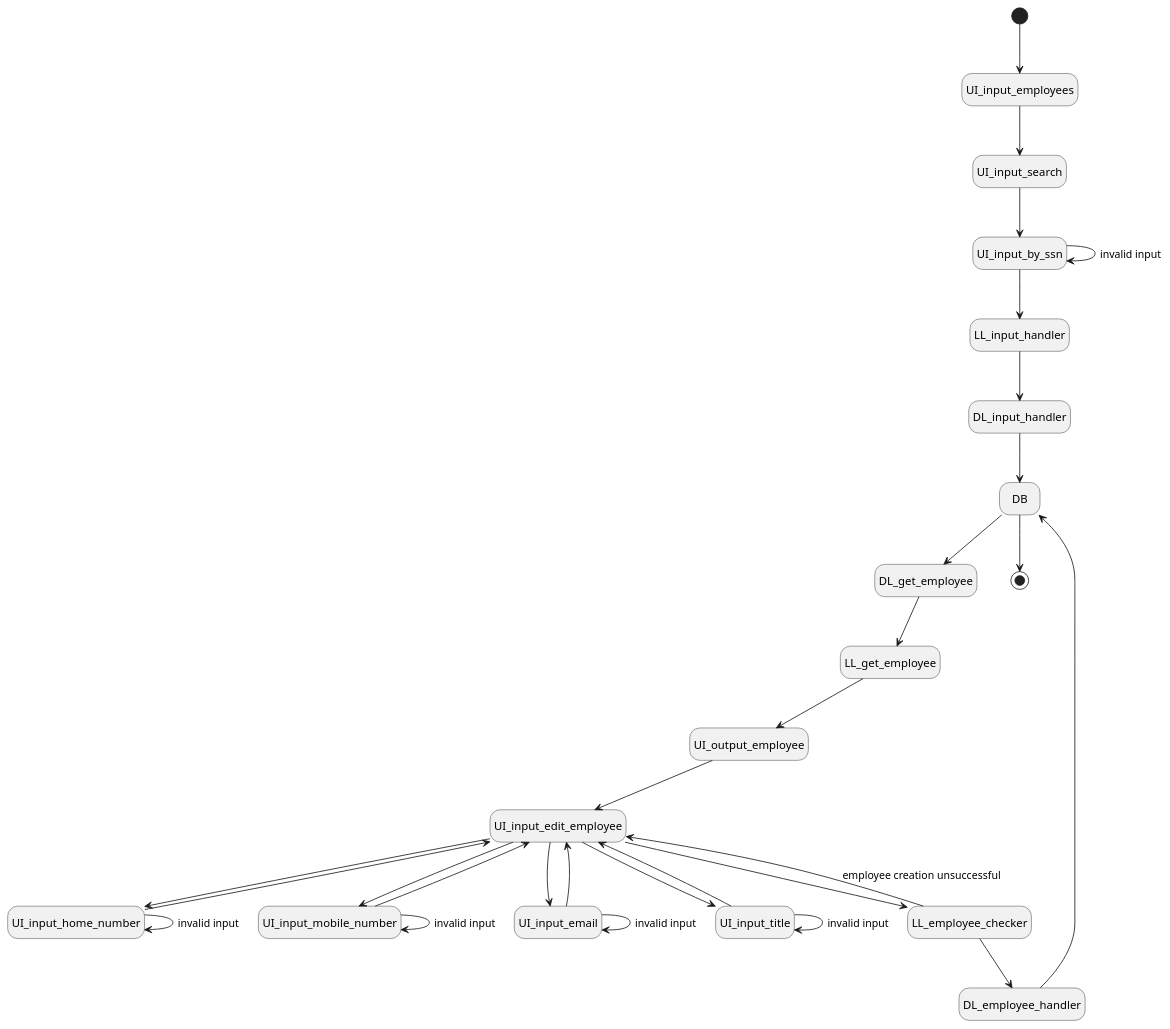
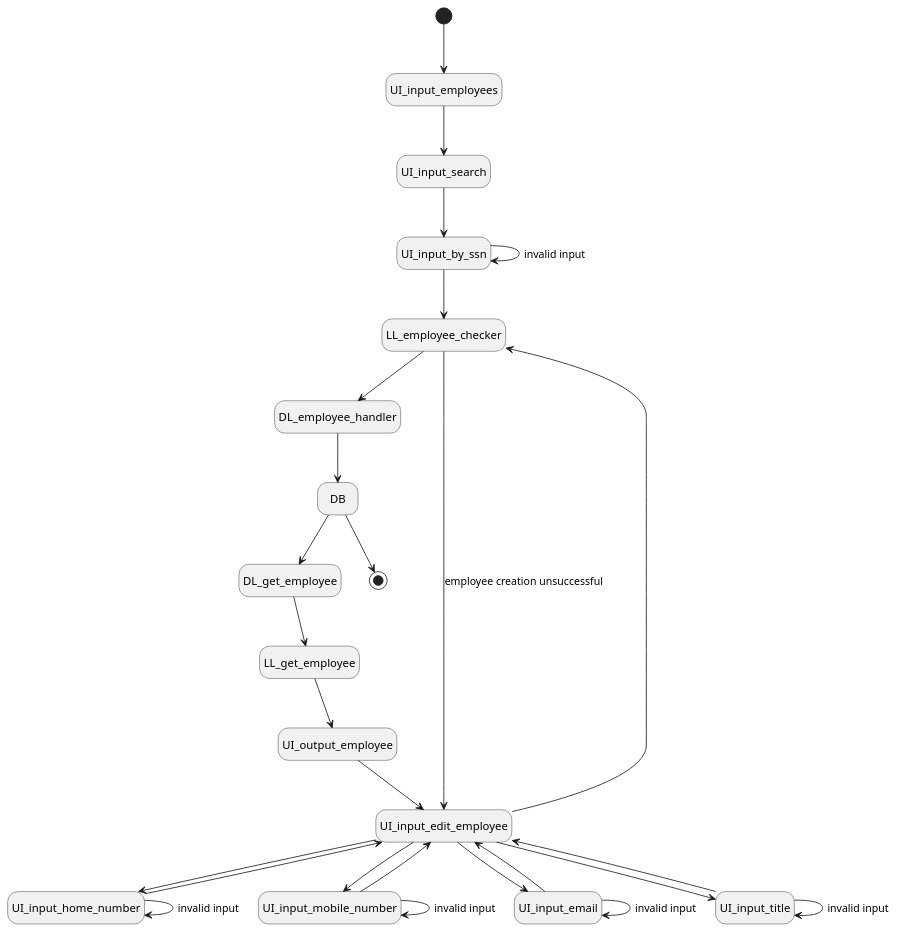
Before and after one commit to irmalexandra/vln1_chuck_nan: the diagram in state_diagrams/edit_employee_info.puml, drawn with PlantUML.

Commit message:
"changed not finished"

```diff
--- a/state_diagrams/edit_employee_info.puml
+++ b/state_diagrams/edit_employee_info.puml
@@ -1,33 +1,31 @@
 @startuml edit employee info
 hide empty description
 
 [*] -down->  UI_input_employees 
 UI_input_employees -down-> UI_input_search
 UI_input_search -down-> UI_input_by_ssn
 UI_input_by_ssn -down-> UI_input_by_ssn:invalid input
-UI_input_by_ssn -down->  LL_input_handler
-LL_input_handler -down-> DL_input_handler
-DL_input_handler -down-> DB 
+UI_input_by_ssn -down->  LL_employee_checker
+LL_employee_checker -down-> DL_employee_handler
+DL_employee_handler -down-> DB 
 DB -down-> DL_get_employee
 DL_get_employee -down-> LL_get_employee
 LL_get_employee -down-> UI_output_employee
 UI_output_employee -down-> UI_input_edit_employee
 UI_input_edit_employee -down-> UI_input_home_number
 UI_input_home_number -down-> UI_input_home_number:invalid input
 UI_input_edit_employee -down-> UI_input_mobile_number
 UI_input_mobile_number -down-> UI_input_mobile_number:invalid input
 UI_input_edit_employee -down-> UI_input_email
 UI_input_email -down-> UI_input_email:invalid input
 UI_input_edit_employee -down-> UI_input_title
 UI_input_title -down-> UI_input_title:invalid input
 UI_input_home_number --> UI_input_edit_employee
 UI_input_mobile_number --> UI_input_edit_employee
 UI_input_email --> UI_input_edit_employee
 UI_input_title --> UI_input_edit_employee
 UI_input_edit_employee -down-> LL_employee_checker
 LL_employee_checker --> UI_input_edit_employee:employee creation unsuccessful
-LL_employee_checker -down-> DL_employee_handler
-DL_employee_handler -down-> DB
 DB --> [*]
 
 @enduml
```
